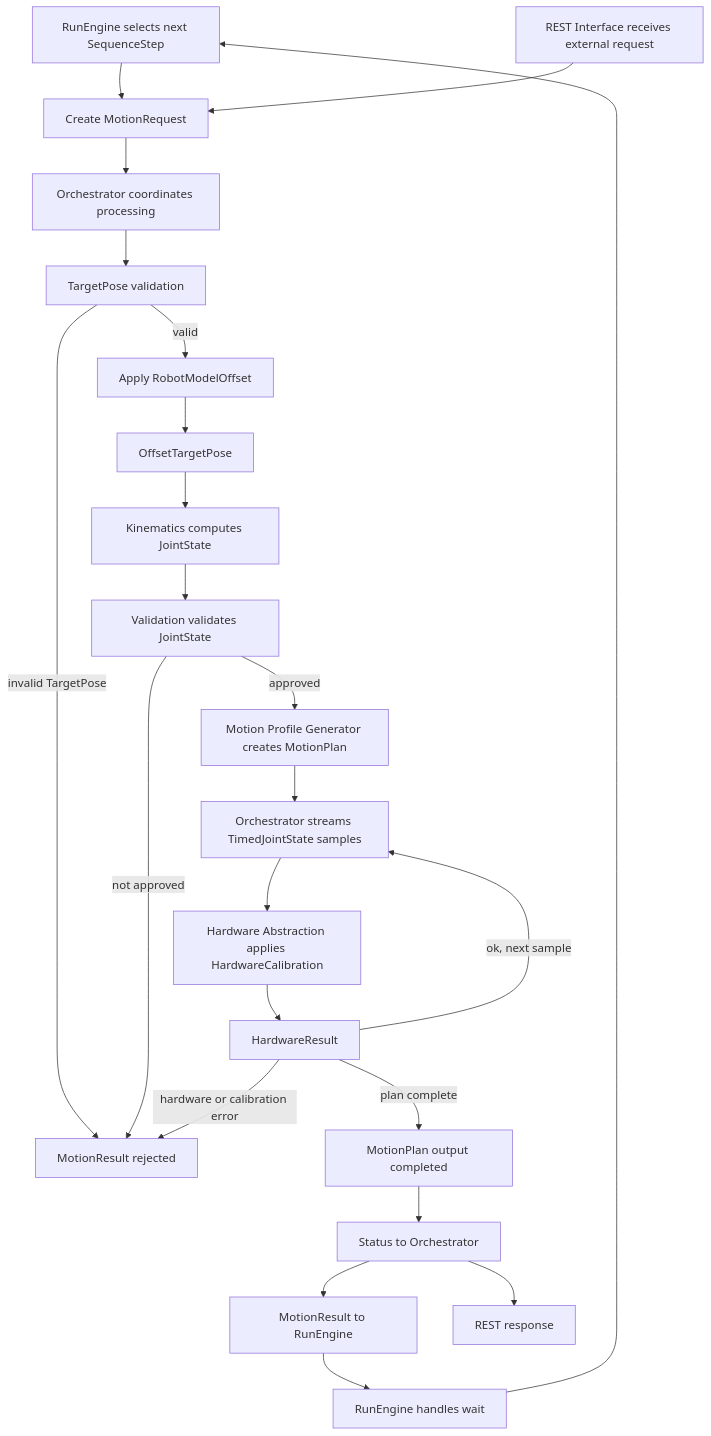
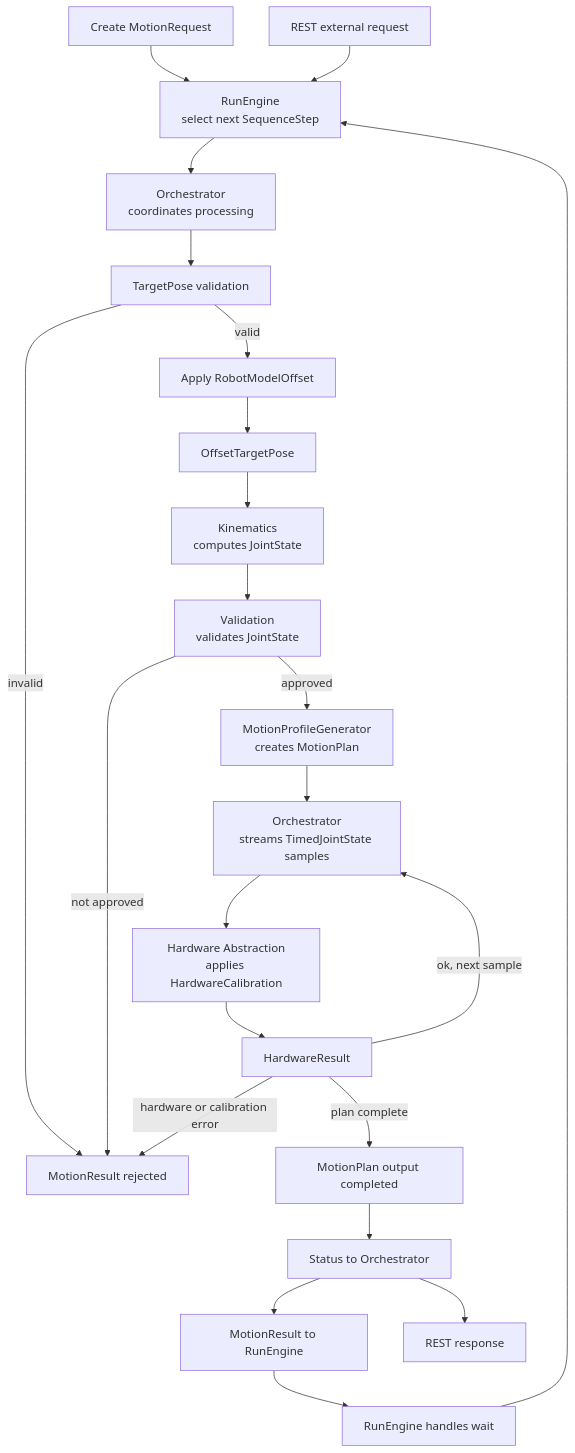
One commit to butz1999/inverse_kinematik changed the seventh of 7 diagrams in doc/projektbeschreibung.md. Above: the diagram before and after it, drawn with Mermaid. The commit also changed other lines of this file, not shown here.

````diff
--- a/doc/projektbeschreibung.md
+++ b/doc/projektbeschreibung.md
@@ -618,25 +618,25 @@
 ```mermaid
 flowchart TD
-    A[RunEngine selects next SequenceStep] --> B[Create MotionRequest]
-    N[REST Interface receives external request] --> B
-    B --> O[Orchestrator coordinates processing]
+    A[Create MotionRequest] --> B[RunEngine<br/>select next SequenceStep]
+    B --> O[Orchestrator<br/>coordinates processing]
     O --> C[TargetPose validation]
-    C -->|invalid TargetPose| D[MotionResult rejected]
+    C -->|invalid| D[MotionResult rejected]
     C -->|valid| E[Apply RobotModelOffset]
     E --> F[OffsetTargetPose]
-    F --> G[Kinematics computes JointState]
-    G --> H[Validation validates JointState]
+    F --> G[Kinematics<br/>computes JointState]
+    G --> H[Validation<br/>validates JointState]
     H -->|not approved| D
-    H -->|approved| R[Motion Profile Generator creates MotionPlan]
-    R --> S[Orchestrator streams TimedJointState samples]
-    S --> I[Hardware Abstraction applies HardwareCalibration]
+    H -->|approved| R[MotionProfileGenerator<br/>creates MotionPlan]
+    R --> S[Orchestrator<br/>streams TimedJointState samples]
+    S --> I[Hardware Abstraction<br/>applies HardwareCalibration]
     I --> P[HardwareResult]
     P -->|ok, next sample| S
     P -->|plan complete| J[MotionPlan output completed]
     P -->|hardware or calibration error| D
     J --> K[Status to Orchestrator]
     K --> L[MotionResult to RunEngine]
     K --> Q[REST response]
     L --> M[RunEngine handles wait]
-    M --> A
+    M --> B
+    N[REST external request] --> B
 ```
````
